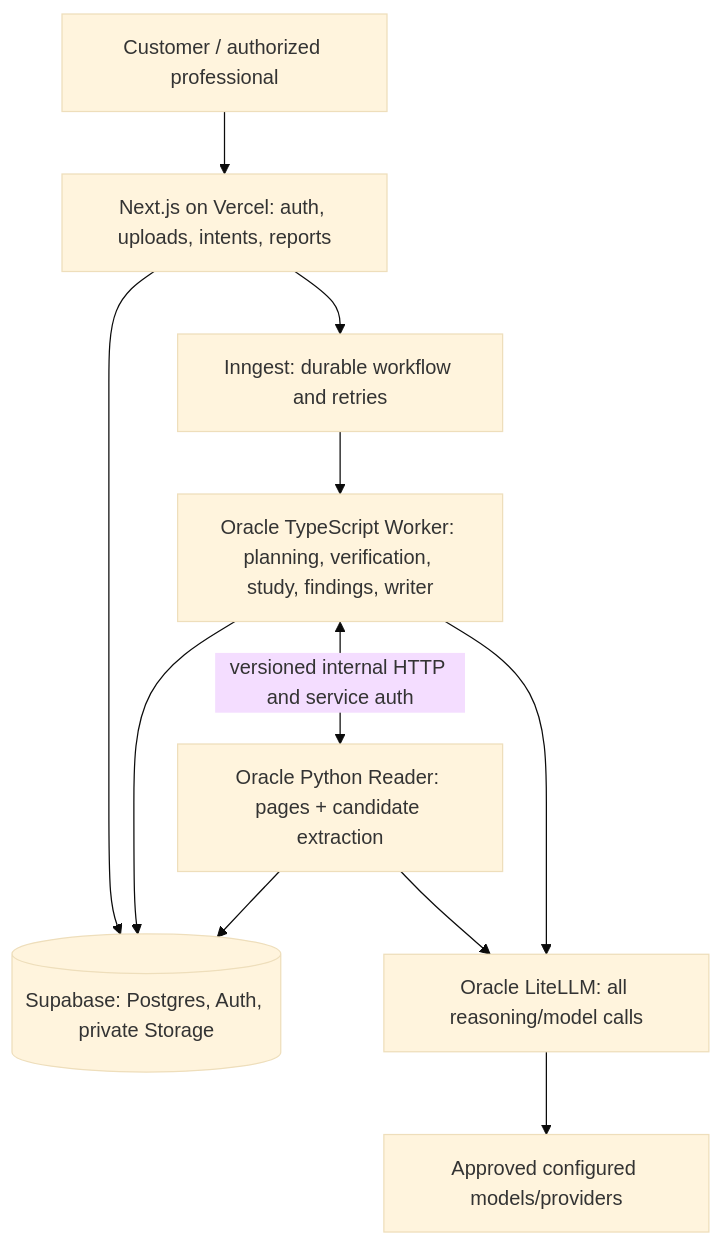
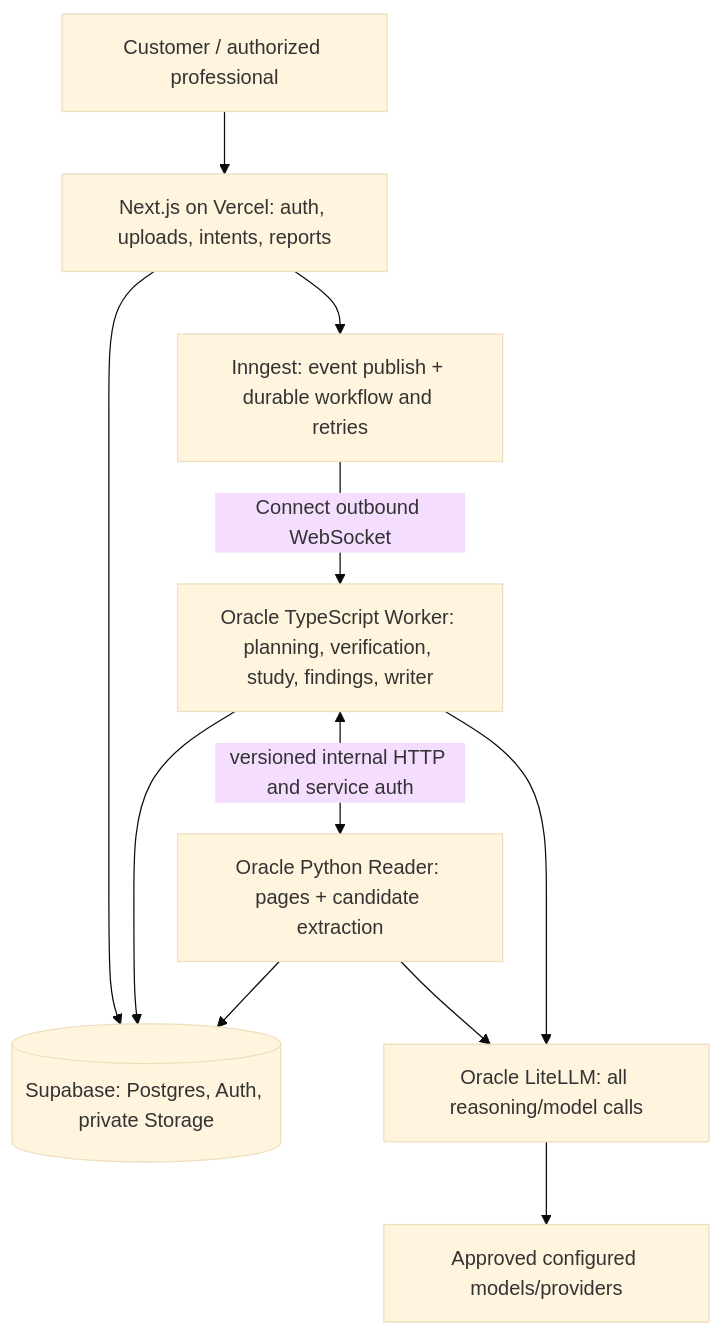
Before and after one commit to STEAMInventors/hiveforyou-v3: the diagram in docs/ARCHITECTURE.md, drawn with Mermaid (base theme). The commit also changed other lines of this file and 17 other files, not shown here.

Commit message:
feat: move study processing to Oracle Inngest Connect

````diff
--- a/docs/ARCHITECTURE.md
+++ b/docs/ARCHITECTURE.md
@@ -36,13 +36,13 @@
 ```mermaid
 flowchart TB
   User[Customer / authorized professional] --> Web[Next.js on Vercel: auth, uploads, intents, reports]
   Web --> S[(Supabase: Postgres, Auth, private Storage)]
-  Web --> I[Inngest: durable workflow and retries]
-  I --> W[Oracle TypeScript Worker: planning, verification, study, findings, writer]
+  Web --> I[Inngest: event publish + durable workflow and retries]
+  I -->|Connect outbound WebSocket| W[Oracle TypeScript Worker: planning, verification, study, findings, writer]
   W --> S
   W <-->|versioned internal HTTP and service auth| R[Oracle Python Reader: pages + candidate extraction]
   R --> S
   W --> L[Oracle LiteLLM: all reasoning/model calls]
   R --> L
   L --> M[Approved configured models/providers]
 ```
````
